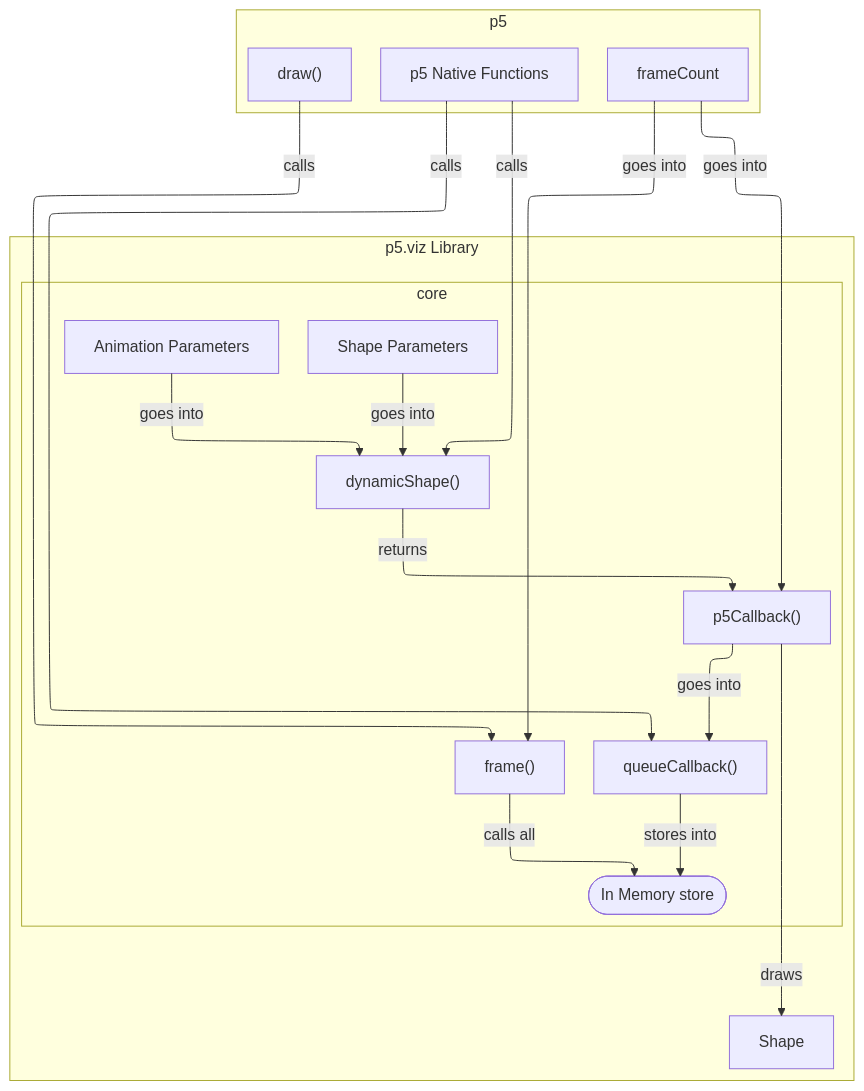
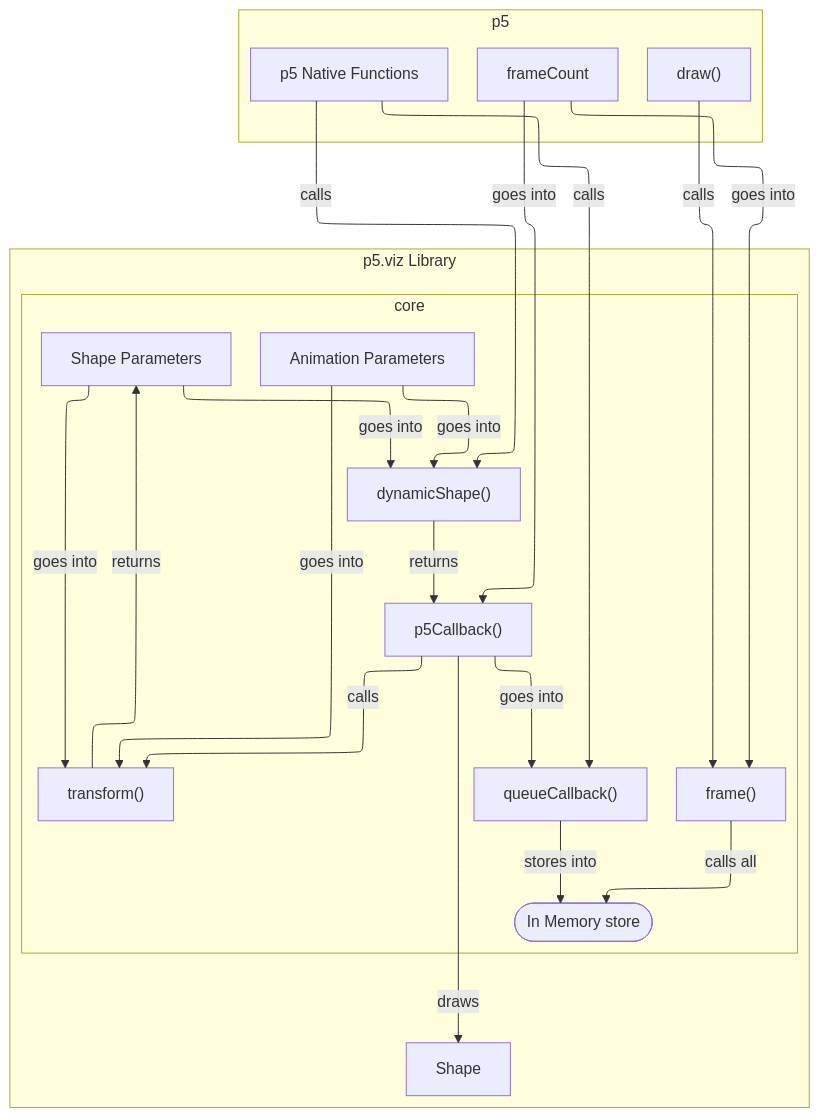
One commit to SuvabrataChowdhury/p5.viz changed the second of 2 diagrams in README.md. Above: the diagram before and after it, drawn with Mermaid.

Commit message:
Animation proposal

````diff
--- a/README.md
+++ b/README.md
@@ -81,37 +81,41 @@
 ```mermaid
 ---
 config:
   layout: elk
 ---
 flowchart TB
     subgraph p5["p5"]
         direction LR
         p5NativeFn["p5 Native Functions"]
         draw["draw()"]
         frameCount["frameCount"]
     end
     subgraph library["p5.viz Library"]
         subgraph core["core"]
             shapeParams["Shape Parameters"]
             animationParams["Animation Parameters"]
             dynamicShape["dynamicShape()"]
             p5Callback["p5Callback()"]
             callbacks(["In Memory store"])
             queueCallback["queueCallback()"]
             frame["frame()"]
+            transform["transform()"]
         end
 
         shape["Shape"]
     end
-    shapeParams -- goes into --> dynamicShape
-    animationParams -- goes into --> dynamicShape
+    shapeParams -- goes into --> dynamicShape & transform
+    animationParams -- goes into --> dynamicShape & transform
+    transform -- returns --> shapeParams
     dynamicShape -- returns --> p5Callback
     frameCount -- goes into --> p5Callback & frame
     p5Callback -- draws --> shape
     p5Callback -- goes into --> queueCallback
+    p5Callback -- calls --> transform
     queueCallback -- stores into --> callbacks
     draw -- calls --> frame
     frame -- calls all --> callbacks
     p5NativeFn -- calls --> dynamicShape
     p5NativeFn -- calls --> queueCallback
+
 ```
````
